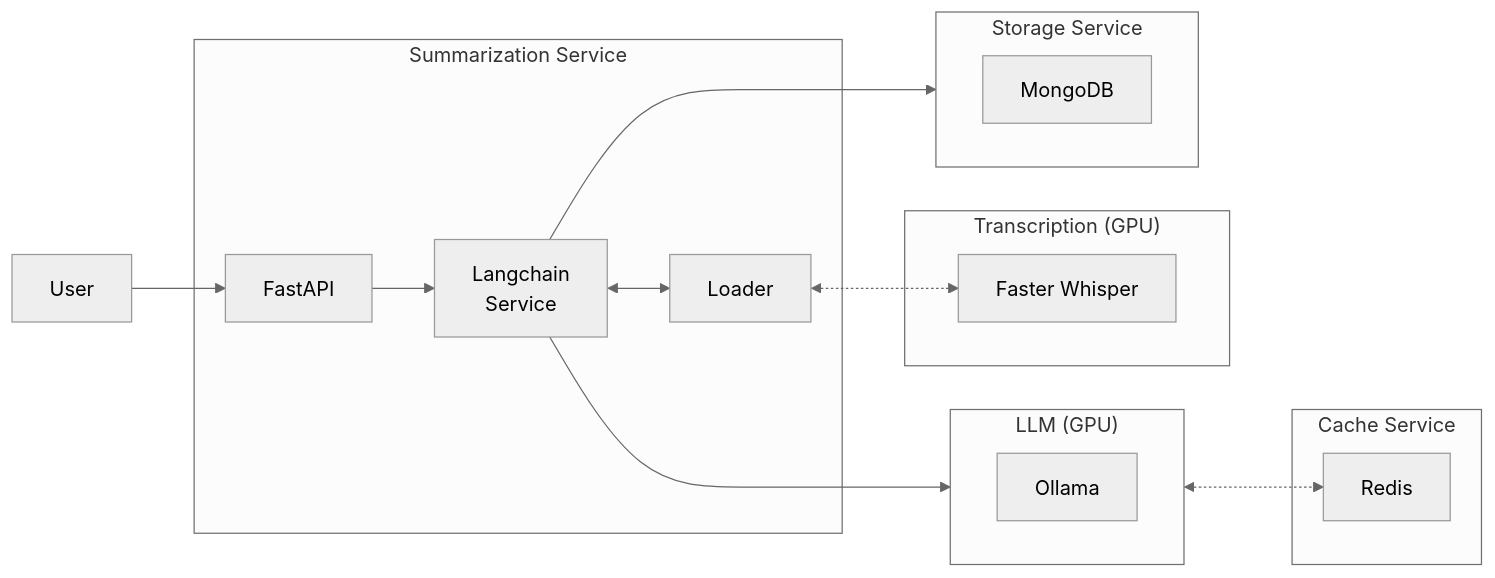
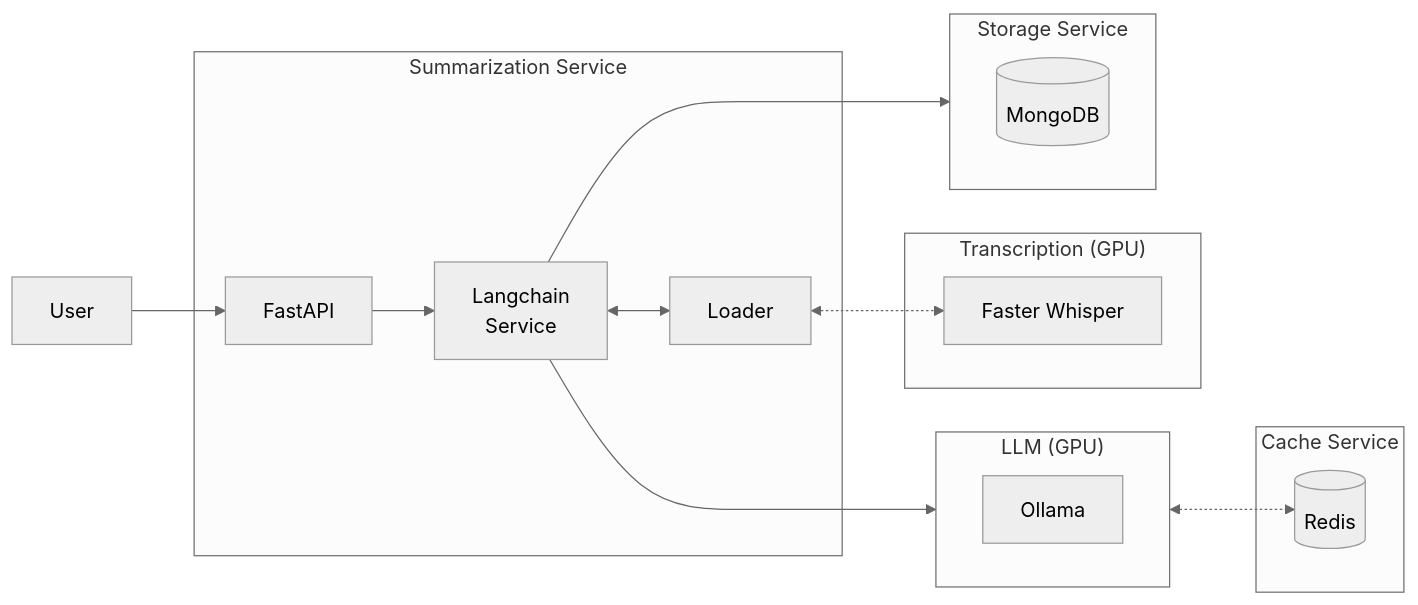
The first of 2 diagrams in content/projects/deep-learning/langchain-summarization-app.md (lfenzo/lfenzo.github.io), drawn with Mermaid (neutral theme) before and after one commit. The commit also changed 1 other file, not shown here.

Commit message:
added initial text for the langchain document processor

````diff
--- a/content/projects/deep-learning/langchain-summarization-app.md
+++ b/content/projects/deep-learning/langchain-summarization-app.md
@@ -70,32 +70,32 @@
 ```mermaid
 flowchart LR
 
 subgraph Model["LLM (GPU)"]
     direction LR
     O["Ollama"]
 end
 
 subgraph Cache["Cache Service"]
-    R["Redis"]
+    R[("Redis")]
 end
     
 subgraph Service["Summarization Service"]
     FastAPI
     H["Langchain<br>Service"]
     Loader
 end
 
 subgraph Tr["Transcription (GPU)"]
     T["Faster Whisper"]
 end
 
 subgraph D["Storage Service"]
     direction LR
-    MongoDB
+    mongo[(MongoDB)]
 end
 
 User --> FastAPI --> H
-H ---> MongoDB
+H ---> mongo
 H ---> O <-.-> R
 H <--> Loader <-.-> T
 ```
````
